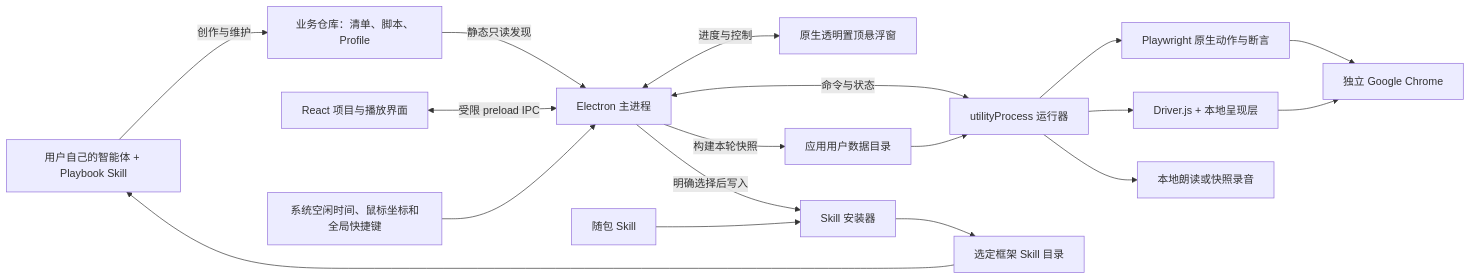
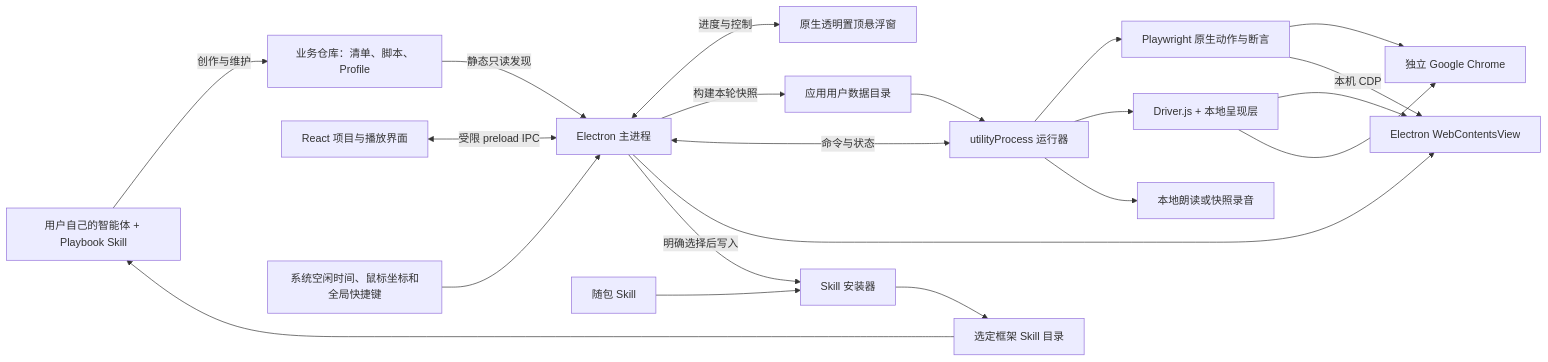
The first of 2 diagrams in docs/architecture.md (jakara/playbook), drawn with Mermaid before and after one commit. The commit also changed other lines of this file and 72 other files, not shown here.

````diff
--- a/docs/architecture.md
+++ b/docs/architecture.md
@@ -7,20 +7,23 @@
 ```mermaid
 flowchart LR
   Agent[用户自己的智能体 + Playbook Skill] -->|创作与维护| Assets[业务仓库：清单、脚本、Profile]
   Assets -->|静态只读发现| Main[Electron 主进程]
   UI[React 项目与播放界面] <-->|受限 preload IPC| Main
   Main <-->|进度与控制| HUD[原生透明置顶悬浮窗]
   Input[系统空闲时间、鼠标坐标和全局快捷键] --> Main
   Main -->|构建本轮快照| Cache[应用用户数据目录]
   Main <-->|命令与状态| Runner[utilityProcess 运行器]
   Cache --> Runner
   Runner --> PW[Playwright 原生动作与断言]
   PW --> Chrome[独立 Google Chrome]
+  PW -->|本机 CDP| Embedded[Electron WebContentsView]
+  Main --> Embedded
+  Guide --> Embedded
   Runner --> Guide[Driver.js + 本地呈现层]
   Guide --> Chrome
   Runner --> Audio[本地朗读或快照录音]
   Main -->|明确选择后写入| Installer[Skill 安装器]
   Bundle[随包 Skill] --> Installer
   Installer --> AgentDir[选定框架 Skill 目录]
   AgentDir --> Agent
 ```
````
